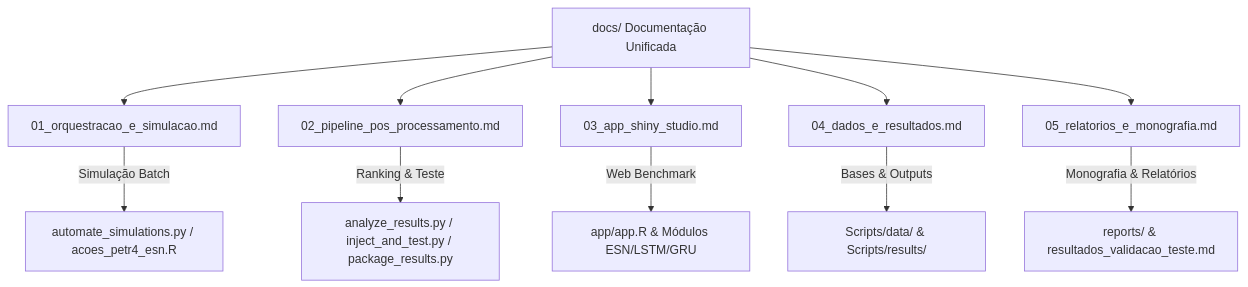
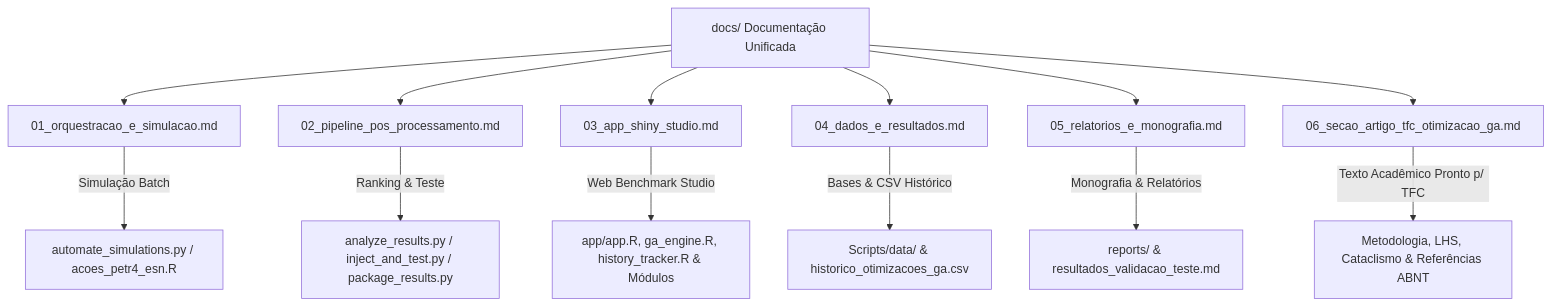
The diagram in docs/INDEX.md (Maycon-bd/ESNAUTO), drawn with Mermaid before and after one commit. The commit also changed other lines of this file and 15 other files, not shown here.

Commit message:
feat: implement multi-model benchmark dashboard with ESN, LSTM, and GRU comparison and GA history tracking

````diff
--- a/docs/INDEX.md
+++ b/docs/INDEX.md
@@ -12,14 +12,16 @@
 ```mermaid
 graph TD
     DOCS[docs/ Documentação Unificada] --> C1[01_orquestracao_e_simulacao.md]
     DOCS --> C2[02_pipeline_pos_processamento.md]
     DOCS --> C3[03_app_shiny_studio.md]
     DOCS --> C4[04_dados_e_resultados.md]
     DOCS --> C5[05_relatorios_e_monografia.md]
+    DOCS --> C6[06_secao_artigo_tfc_otimizacao_ga.md]
 
     C1 -->|Simulação Batch| R1[automate_simulations.py / acoes_petr4_esn.R]
     C2 -->|Ranking & Teste| R2[analyze_results.py / inject_and_test.py / package_results.py]
-    C3 -->|Web Benchmark| R3[app/app.R & Módulos ESN/LSTM/GRU]
-    C4 -->|Bases & Outputs| R4[Scripts/data/ & Scripts/results/]
+    C3 -->|Web Benchmark Studio| R3[app/app.R, ga_engine.R, history_tracker.R & Módulos]
+    C4 -->|Bases & CSV Histórico| R4[Scripts/data/ & historico_otimizacoes_ga.csv]
     C5 -->|Monografia & Relatórios| R5[reports/ & resultados_validacao_teste.md]
+    C6 -->|Texto Acadêmico Pronto p/ TFC| R6[Metodologia, LHS, Cataclismo & Referências ABNT]
 ```
````
